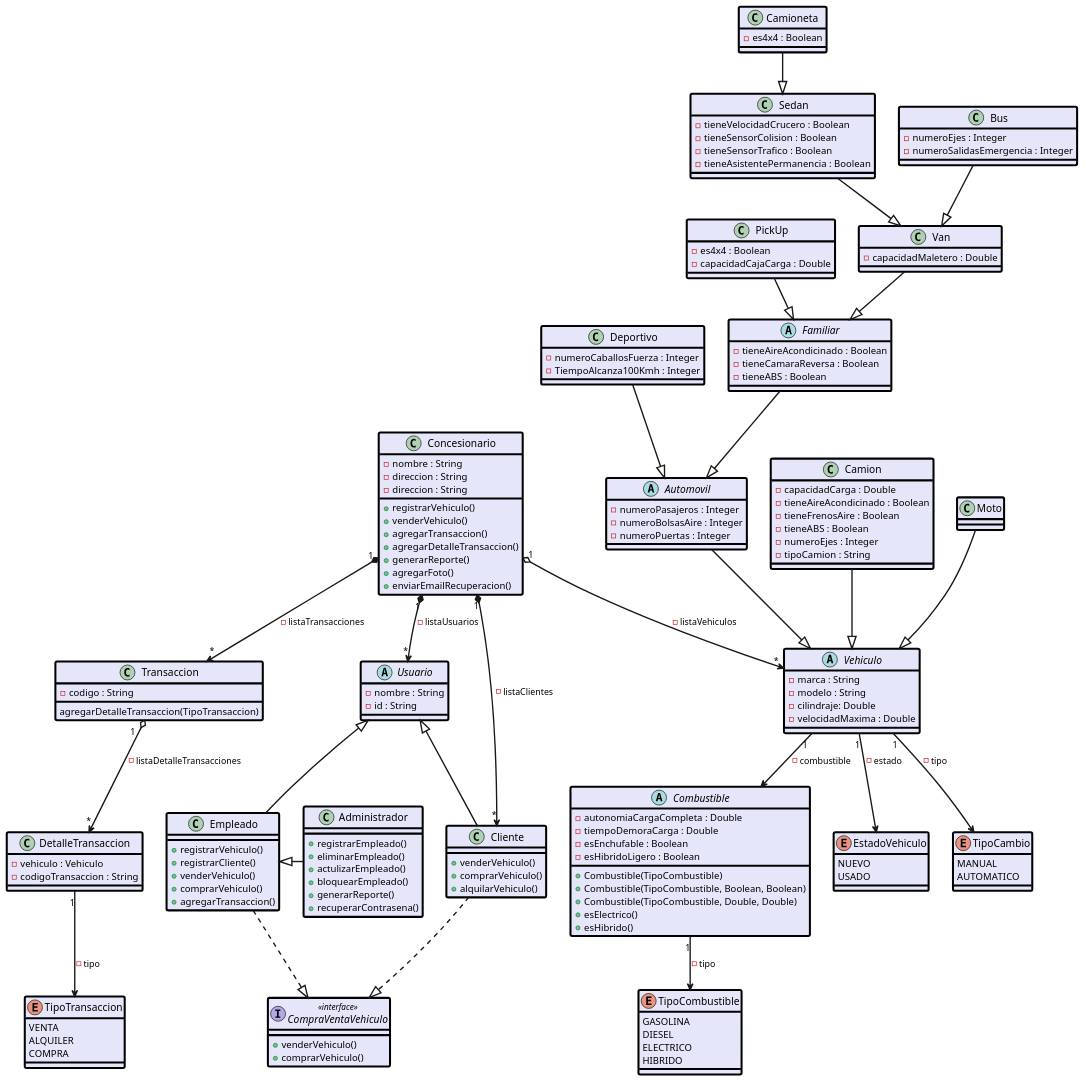
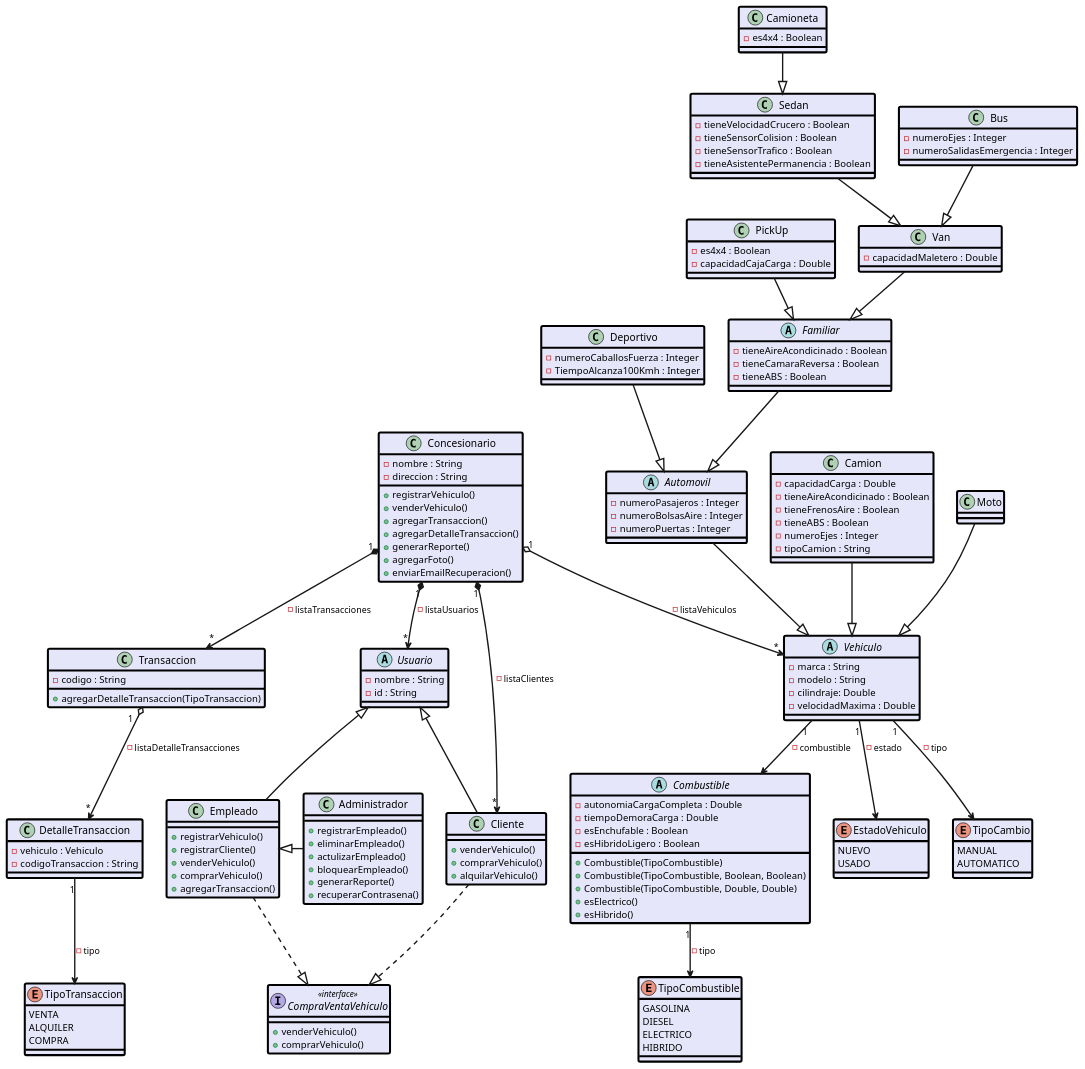
One commit to odiador/uq-2023-1-proyecto changed the diagram in model/Diagrama.plantuml. Above: the diagram before and after it, drawn with PlantUML. The commit also changed 24 other files, not shown here.

```diff
--- a/model/Diagrama.plantuml
+++ b/model/Diagrama.plantuml
@@ -1,196 +1,195 @@
 @startuml Hola
 
 skinparam Class {
     FontSize 15
     BorderColor Black
     BackgroundColor Lavender
     BorderThickness 3
 
 }
 skinparam Arrow{
     Thickness 2
 }
 
 interface CompraVentaVehiculo <<interface>> {
     +venderVehiculo()
     +comprarVehiculo()
 }
 class Concesionario {
     -nombre : String
     -direccion : String
-    -direccion : String
 
     +registrarVehiculo()
     +venderVehiculo()
     +agregarTransaccion()
     +agregarDetalleTransaccion()
     +generarReporte()
     +agregarFoto()
     +enviarEmailRecuperacion()
 }
 
 class Transaccion {
     -codigo : String
-    agregarDetalleTransaccion(TipoTransaccion)
+    +agregarDetalleTransaccion(TipoTransaccion)
 }
 enum TipoTransaccion {
     VENTA
     ALQUILER
     COMPRA
 }
 class DetalleTransaccion {
     - vehiculo : Vehiculo
     -codigoTransaccion : String
 
 }
 
 
 abstract class Usuario {
     - nombre : String
     - id : String
 }
 
 class Cliente {
     +venderVehiculo()
     +comprarVehiculo()
     +alquilarVehiculo()
 
 }
 
 class Empleado {
     + registrarVehiculo()
     + registrarCliente()
     + venderVehiculo()
     + comprarVehiculo()
     + agregarTransaccion()
 }
 
 class Administrador {
     + registrarEmpleado()
     + eliminarEmpleado()
     + actulizarEmpleado()
     + bloquearEmpleado()
     + generarReporte()
     + recuperarContrasena()
 
 }
 
 abstract class Combustible {
     'Si ninguno es null, significa que es eléctrico
     'Como el tipo de variable es con mayús, es un objeto
     'por los que puede dar null
     -autonomiaCargaCompleta : Double
     -tiempoDemoraCarga : Double
     'si ninguno es null, significa que es hibrido
     -esEnchufable : Boolean
     -esHibridoLigero : Boolean
     +Combustible(TipoCombustible)
     +Combustible(TipoCombustible, Boolean, Boolean)
     +Combustible(TipoCombustible, Double, Double)
     +esElectrico()
     +esHibrido()
 }
 
 enum TipoCombustible {
     GASOLINA
     DIESEL
     ELECTRICO
     HIBRIDO
 }
 
 abstract class Vehiculo {
     -marca : String
     -modelo : String
     -cilindraje: Double
     -velocidadMaxima : Double
     
 }
 
 abstract class Automovil{
     -numeroPasajeros : Integer
     -numeroBolsasAire : Integer
     -numeroPuertas : Integer
 }
 
 enum EstadoVehiculo{
     NUEVO
     USADO
 }
 
 enum TipoCambio{
     MANUAL
     AUTOMATICO
 }
 
 class Sedan {
     -tieneVelocidadCrucero : Boolean
     -tieneSensorColision : Boolean
     -tieneSensorTrafico : Boolean
     -tieneAsistentePermanencia : Boolean
 }
 
 class Deportivo{
     -numeroCaballosFuerza : Integer
     -TiempoAlcanza100Kmh : Integer
 }
 
 class Camioneta{
     -es4x4 : Boolean
 }
 
 class PickUp{
     -es4x4 : Boolean
     -capacidadCajaCarga : Double
 
 }
 abstract class Familiar{
     -tieneAireAcondicinado : Boolean 
     -tieneCamaraReversa : Boolean 
     -tieneABS : Boolean 
 }
 
 class Van{
     -capacidadMaletero : Double 
 }
 
 class Bus{
     -numeroEjes : Integer
     -numeroSalidasEmergencia : Integer
 }
 
 class Camion{
     -capacidadCarga : Double
     -tieneAireAcondicinado : Boolean 
     -tieneFrenosAire : Boolean
     -tieneABS : Boolean 
     -numeroEjes : Integer
     -tipoCamion : String
 }
 class Moto {
 }
 Concesionario "1" *--> "*" Usuario : -listaUsuarios
 Concesionario "1" *--> "*" Transaccion : -listaTransacciones
 Concesionario "1" *--> "*" Cliente : -listaClientes
 Concesionario  "1" o--> "*" Vehiculo : -listaVehiculos
 Transaccion  "1  '" o--> "*" DetalleTransaccion : -  listaDetalleTransacciones
 DetalleTransaccion "1"--> TipoTransaccion : - tipo
 Vehiculo "1"--> EstadoVehiculo : - estado
 Deportivo --|> Automovil
 Automovil --|> Vehiculo
 Moto --|> Vehiculo
 Camioneta --|> Sedan
 PickUp --|> Familiar
 Familiar --|> Automovil
 Bus --|> Van
 Sedan --|> Van
 Van --|> Familiar
 Camion --|> Vehiculo
 Usuario <|-- Cliente
 Usuario <|-- Empleado
 Empleado <|- Administrador
 Combustible "1" --> TipoCombustible : - tipo
 Vehiculo "1"--> TipoCambio : - tipo
 Vehiculo "1"--> Combustible : - combustible
 Empleado ..|> CompraVentaVehiculo
 Cliente ..|> CompraVentaVehiculo
 @enduml
```
